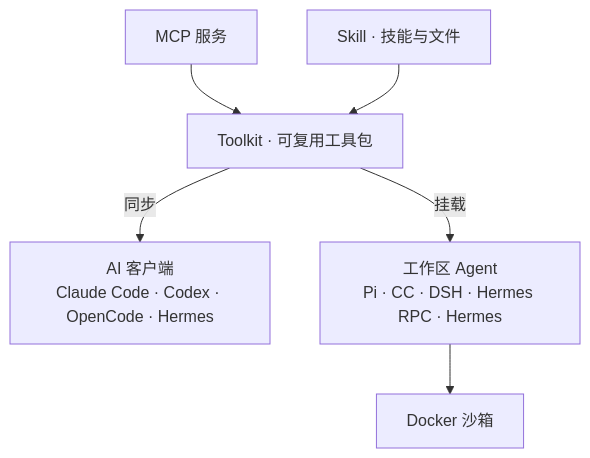
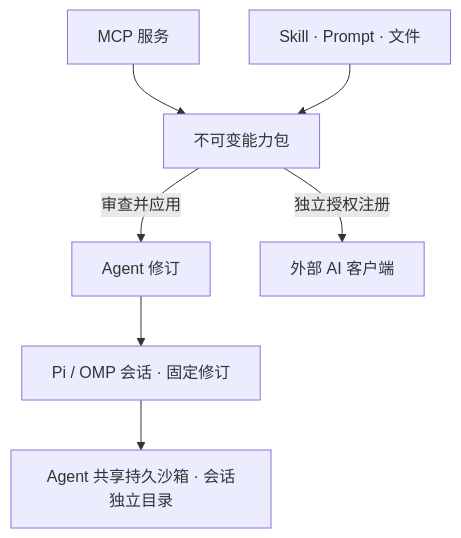
One commit to asharca/ToolPlane changed the diagram in README.md. Above: the diagram before and after it, drawn with Mermaid. The commit also changed other lines of this file and 1489 other files, not shown here.

Commit message:
feat(platform)!: release Pi and OMP agent platform v0.33.0

````diff
--- a/README.md
+++ b/README.md
@@ -21,8 +19,9 @@
 ```mermaid
 flowchart TB
-  MCP["MCP 服务"] --> Toolkit["Toolkit · 可复用工具包"]
-  Skills["Skill · 技能与文件"] --> Toolkit
-  Toolkit -->|同步| Clients["AI 客户端<br/>Claude Code · Codex · OpenCode · Hermes"]
-  Toolkit -->|挂载| Agent["工作区 Agent<br/>Pi · CC · DSH · Hermes RPC · Hermes"]
-  Agent --> Sandbox["Docker 沙箱"]
+  MCP["MCP 服务"] --> Package["不可变能力包"]
+  Skills["Skill · Prompt · 文件"] --> Package
+  Package -->|审查并应用| Revision["Agent 修订"]
+  Package -->|独立授权注册| Clients["外部 AI 客户端"]
+  Revision --> Session["Pi / OMP 会话 · 固定修订"]
+  Session --> Sandbox["Agent 共享持久沙箱 · 会话独立目录"]
 ```
````
